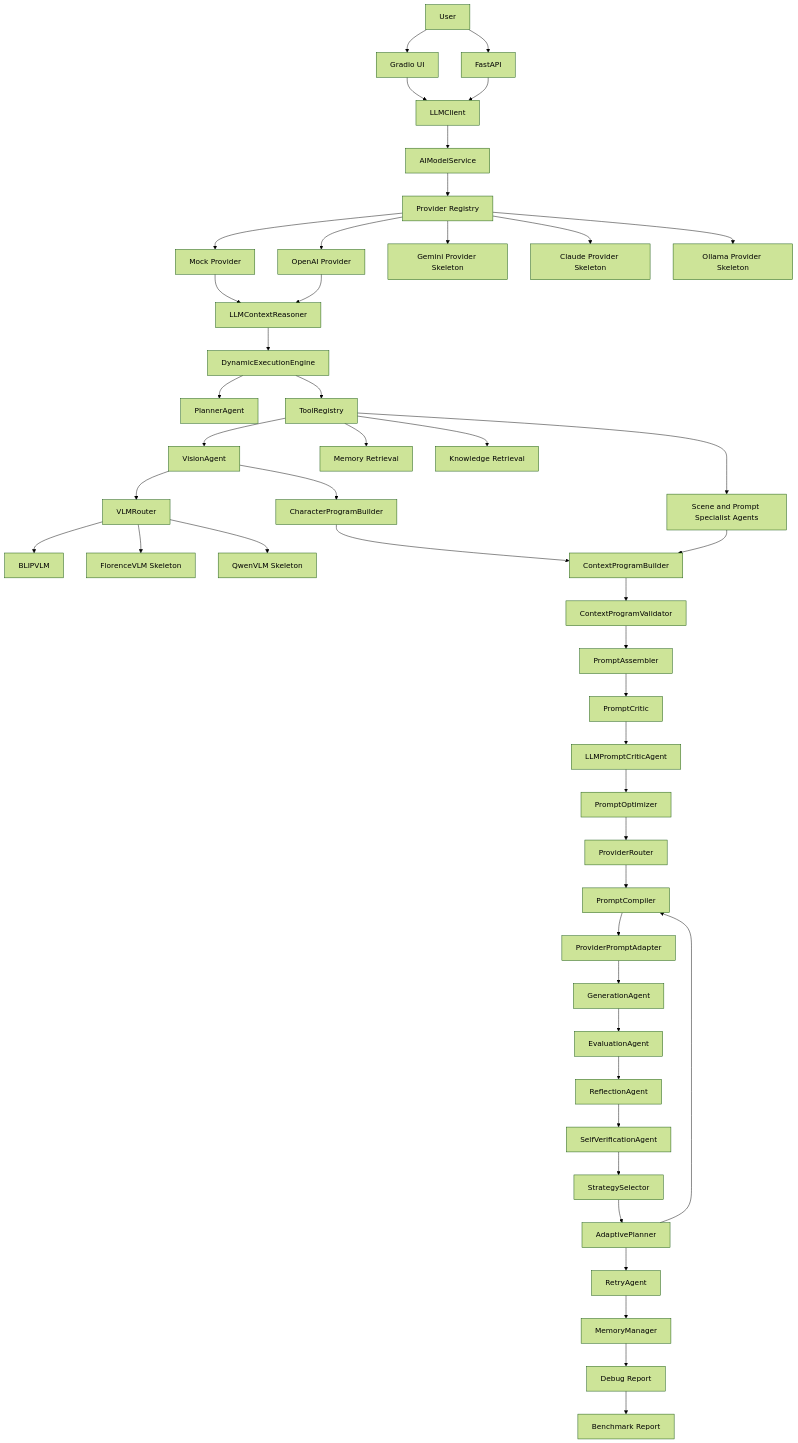
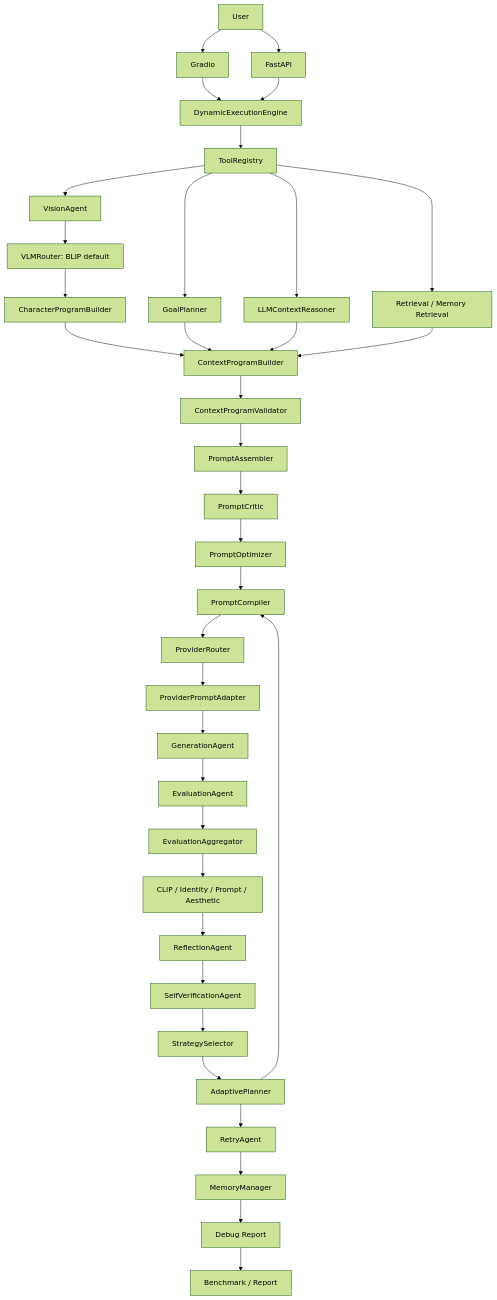
The diagram in docs/architecture.md (wooyybb/multimodal-ai-agent-playground), drawn with Mermaid (forest theme) before and after one commit. The commit also changed other lines of this file and 6 other files, not shown here.

````diff
--- a/docs/architecture.md
+++ b/docs/architecture.md
@@ -71,49 +77,38 @@
 ```mermaid
 flowchart TD
-    U[User] --> UI[Gradio UI]
+    U[User] --> UI[Gradio]
     U --> API[FastAPI]
-    UI --> LC[LLMClient]
-    API --> LC
-    LC --> AMS[AIModelService]
-    AMS --> REG[Provider Registry]
-    REG --> ML[Mock Provider]
-    REG --> OAI[OpenAI Provider]
-    REG --> GEM[Gemini Provider Skeleton]
-    REG --> CLA[Claude Provider Skeleton]
-    REG --> OLL[Ollama Provider Skeleton]
-    ML --> LR[LLMContextReasoner]
-    OAI --> LR
-    LR --> E[DynamicExecutionEngine]
-    E --> P[PlannerAgent]
-    E --> R[ToolRegistry]
-    R --> V[VisionAgent]
-    V --> VR[VLMRouter]
-    VR --> BLIP[BLIPVLM]
-    VR --> FLO[FlorenceVLM Skeleton]
-    VR --> QW[QwenVLM Skeleton]
-    V --> CPB[CharacterProgramBuilder]
+    UI --> ENG[DynamicExecutionEngine]
+    API --> ENG
+    ENG --> REG[ToolRegistry]
+    REG --> V[VisionAgent]
+    V --> VLM[VLMRouter: BLIP default]
+    VLM --> CPB[CharacterProgramBuilder]
+    REG --> GP[GoalPlanner]
+    REG --> LCR[LLMContextReasoner]
+    REG --> RET[Retrieval / Memory Retrieval]
     CPB --> CP[ContextProgramBuilder]
-    R --> M1[Memory Retrieval]
-    R --> K[Knowledge Retrieval]
-    R --> S[Scene and Prompt Specialist Agents]
-    S --> CP[ContextProgramBuilder]
+    GP --> CP
+    LCR --> CP
+    RET --> CP
     CP --> CV[ContextProgramValidator]
     CV --> PA[PromptAssembler]
     PA --> PC[PromptCritic]
-    PC --> LPC[LLMPromptCriticAgent]
-    LPC --> PO[PromptOptimizer]
-    PO --> PR[ProviderRouter]
-    PR --> PCMP[PromptCompiler]
-    PCMP --> PPA[ProviderPromptAdapter]
-    PPA --> G[GenerationAgent]
-    G --> EV[EvaluationAgent]
-    EV --> RF[ReflectionAgent]
-    RF --> SV[SelfVerificationAgent]
-    SV --> SS[StrategySelector]
-    SS --> AP[AdaptivePlanner]
-    AP --> PCMP
-    AP --> RT[RetryAgent]
-    RT --> MM[MemoryManager]
-    MM --> DR[Debug Report]
-    DR --> B[Benchmark Report]
+    PC --> PO[PromptOptimizer]
+    PO --> COMP[PromptCompiler]
+    COMP --> ROUTER[ProviderRouter]
+    ROUTER --> ADAPT[ProviderPromptAdapter]
+    ADAPT --> GEN[GenerationAgent]
+    GEN --> EVAL[EvaluationAgent]
+    EVAL --> AGG[EvaluationAggregator]
+    AGG --> METRICS[CLIP / Identity / Prompt / Aesthetic]
+    METRICS --> REF[ReflectionAgent]
+    REF --> VER[SelfVerificationAgent]
+    VER --> STR[StrategySelector]
+    STR --> AP[AdaptivePlanner]
+    AP --> COMP
+    AP --> RETRY[RetryAgent]
+    RETRY --> MEM[MemoryManager]
+    MEM --> DBG[Debug Report]
+    DBG --> BENCH[Benchmark / Report]
 ```
````
